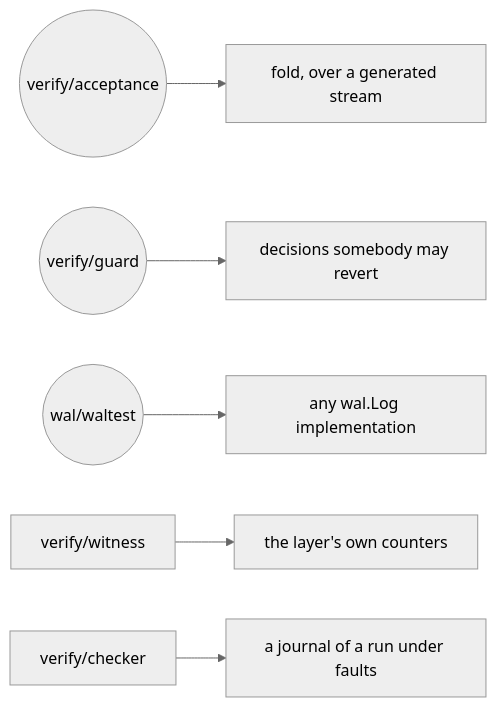
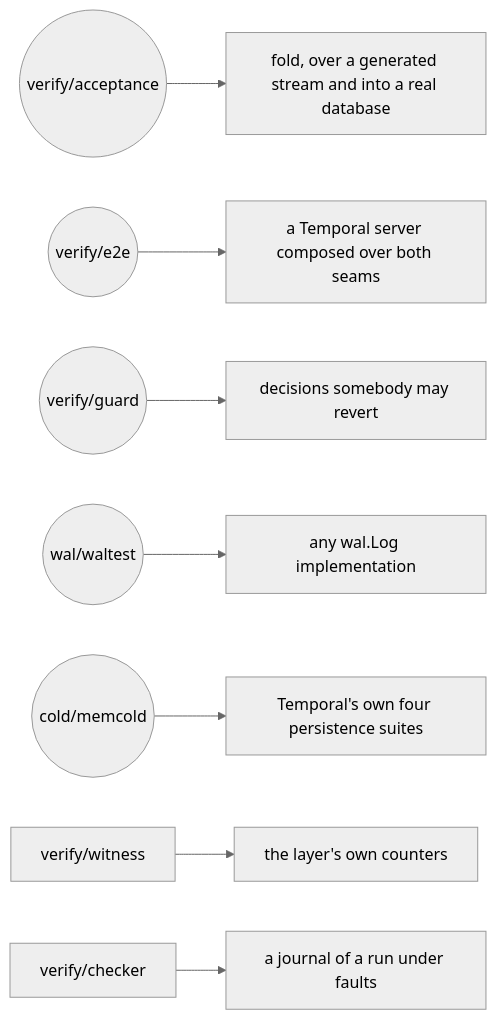
Before and after one commit to aromanovich/waltz: the second of 2 diagrams in docs/handbook/11-verification.md, drawn with Mermaid (neutral theme). The commit also changed other lines of this file and 47 other files, not shown here.

First line of the commit message:
cold: the built-in store, and a real server booted over both seams

````diff
--- a/docs/handbook/11-verification.md
+++ b/docs/handbook/11-verification.md
@@ -363,8 +486,10 @@
 ```mermaid
 graph LR
-  A(("verify/acceptance")) --> F["fold, over a generated stream"]
+  A(("verify/acceptance")) --> F["fold, over a generated stream and into a real database"]
+  E(("verify/e2e")) --> S["a Temporal server composed over both seams"]
   G(("verify/guard")) --> D["decisions somebody may revert"]
   W(("wal/waltest")) --> L["any wal.Log implementation"]
+  MC(("cold/memcold")) --> T["Temporal's own four persistence suites"]
   WI["verify/witness"] --> C["the layer's own counters"]
   CH["verify/checker"] --> J["a journal of a run under faults"]
 ```
````
